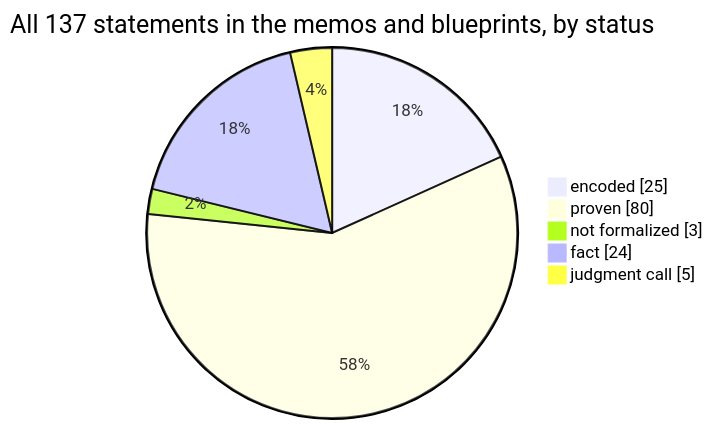
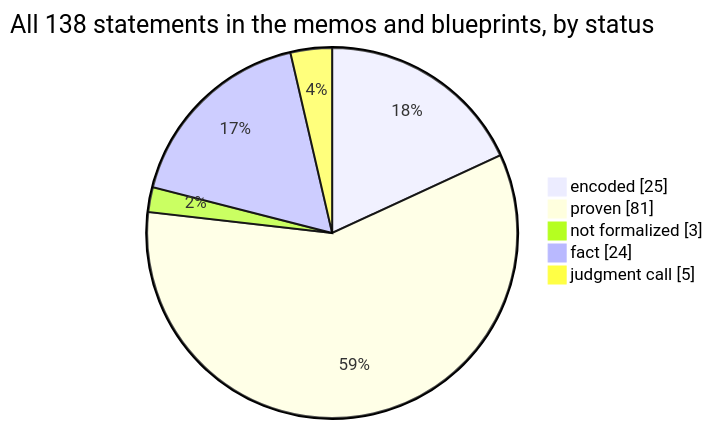
Before and after one commit to SeanWMurray/Canteen: the first of 4 diagrams in docs/graphs/dashboard.md, drawn with Mermaid. The commit also changed other lines of this file and 17 other files, not shown here.

````diff
--- a/docs/graphs/dashboard.md
+++ b/docs/graphs/dashboard.md
@@ -11,8 +11,8 @@
 ```mermaid
-pie showData title All 137 statements in the memos and blueprints, by status
+pie showData title All 138 statements in the memos and blueprints, by status
     "encoded" : 25
-    "proven" : 80
+    "proven" : 81
     "not formalized" : 3
     "fact" : 24
     "judgment call" : 5
 ```
````
